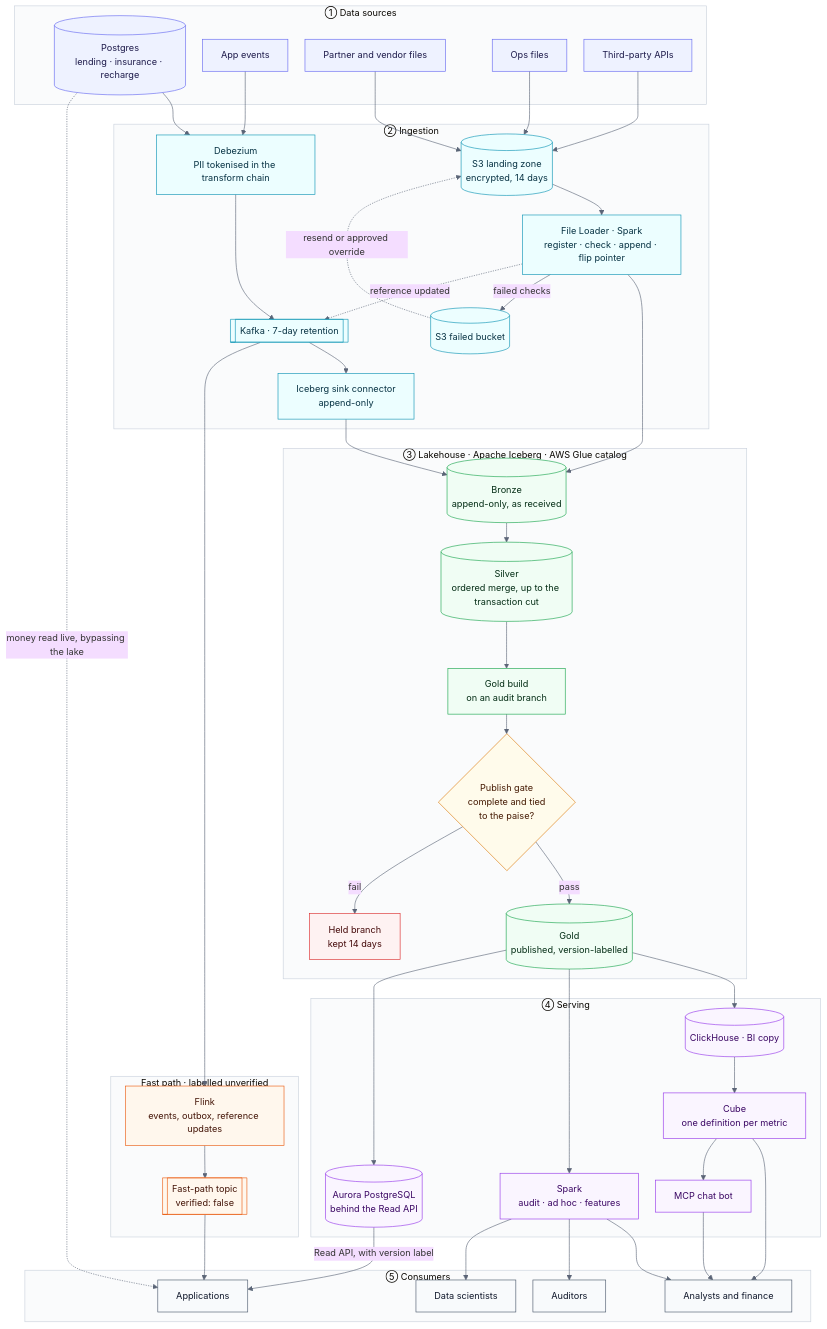
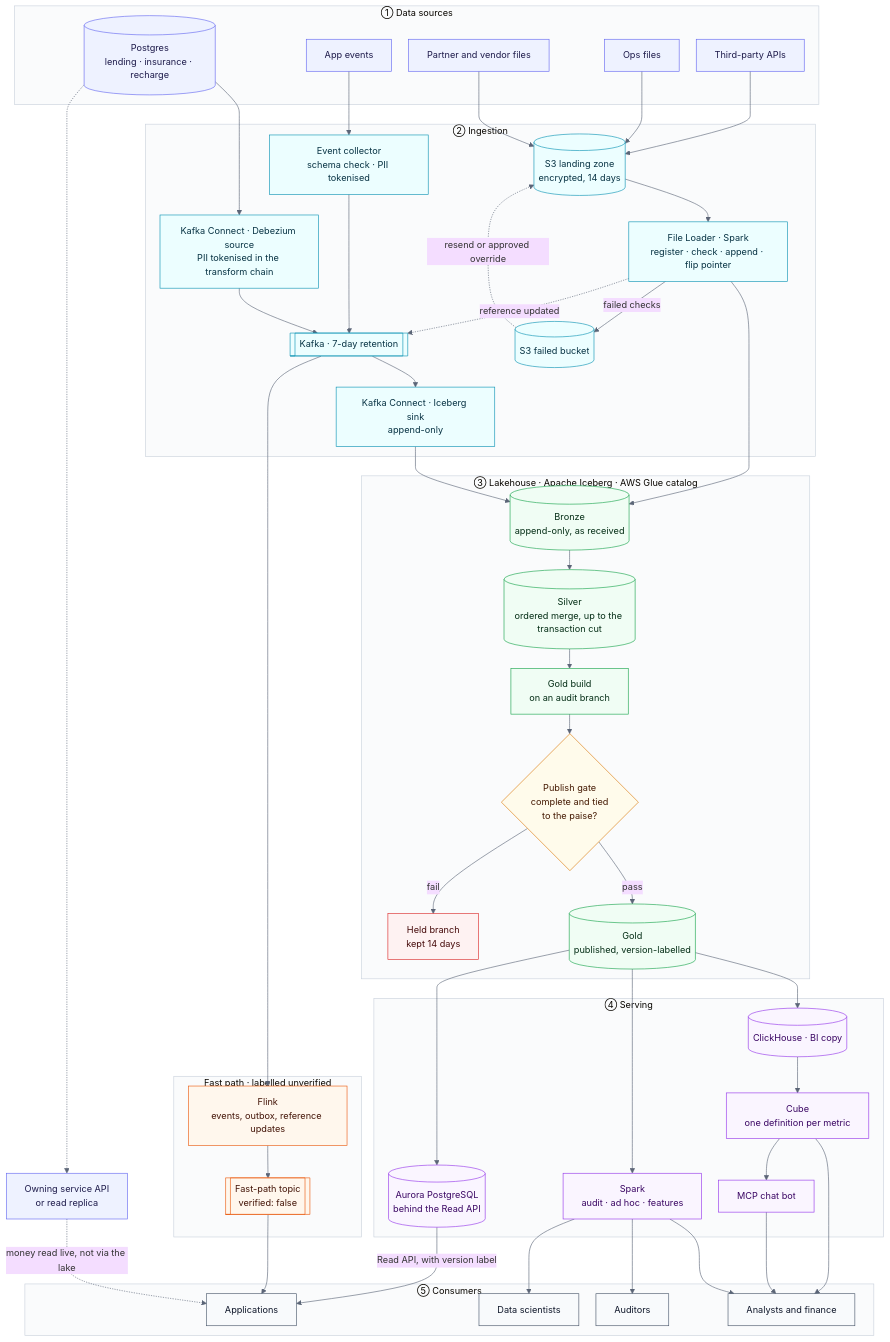
One commit to FlowDrafts/lakehouse-data-platform changed the diagram in docs/architecture/lakehouse_architecture.mmd. Above: the diagram before and after it, drawn with Mermaid. The commit also changed 9 other files, not shown here.

First line of the commit message:
Correct the ingestion and money paths in the diagrams; tokenise app events at the collector

```diff
--- a/docs/architecture/lakehouse_architecture.mmd
+++ b/docs/architecture/lakehouse_architecture.mmd
@@ -1,92 +1,96 @@
 %% Architecture overview, mirroring lakehouse_architecture.drawio (the detailed, editable version).
 %% Rendered to lakehouse_architecture.png by `make diagram`.
 %%{init: {"theme": "base", "flowchart": {"curve": "basis", "nodeSpacing": 28, "rankSpacing": 32}, "themeVariables": {"fontFamily": "Helvetica, Arial, sans-serif", "fontSize": "15px", "lineColor": "#5b6577", "clusterBkg": "#fafbfc", "clusterBorder": "#c9d1dc"}}}%%
 flowchart TB
   subgraph SRC["① Data sources"]
     PG[("Postgres<br/>lending · insurance · recharge")]
     EV["App events"]
     PF["Partner and vendor files"]
     OPS["Ops files"]
     API["Third-party APIs"]
   end
 
   subgraph ING["② Ingestion"]
-    DBZ["Debezium<br/>PII tokenised in the transform chain"]
+    DBZ["Kafka Connect · Debezium source<br/>PII tokenised in the transform chain"]
+    COLLECTOR["Event collector<br/>schema check · PII tokenised"]
     KAFKA[["Kafka · 7-day retention"]]
-    SINK["Iceberg sink connector<br/>append-only"]
+    SINK["Kafka Connect · Iceberg sink<br/>append-only"]
     LANDING[("S3 landing zone<br/>encrypted, 14 days")]
     LOADER["File Loader · Spark<br/>register · check · append · flip pointer"]
     FAILED[("S3 failed bucket")]
   end
 
   subgraph LAKE["③ Lakehouse · Apache Iceberg · AWS Glue catalog"]
     BRONZE[("Bronze<br/>append-only, as received")]
     SILVER[("Silver<br/>ordered merge, up to the transaction cut")]
     BRANCH["Gold build<br/>on an audit branch"]
     GATE{"Publish gate<br/>complete and tied<br/>to the paise?"}
     GOLD[("Gold<br/>published, version-labelled")]
     HELD["Held branch<br/>kept 14 days"]
   end
 
   subgraph SERVE["④ Serving"]
     CLICKHOUSE[("ClickHouse · BI copy")]
     CUBE["Cube<br/>one definition per metric"]
     BOT["MCP chat bot"]
     SPARK["Spark<br/>audit · ad hoc · features"]
     AURORA[("Aurora PostgreSQL<br/>behind the Read API")]
   end
 
   subgraph USERS["⑤ Consumers"]
     ANALYSTS["Analysts and finance"]
     AUDITORS["Auditors"]
     SCIENTISTS["Data scientists"]
     APPS["Applications"]
   end
 
+  OWNER["Owning service API<br/>or read replica"]
+
   subgraph FASTLANE["Fast path · labelled unverified"]
     FLINK["Flink<br/>events, outbox, reference updates"]
     FASTTOPIC[["Fast-path topic<br/>verified: false"]]
   end
 
   PG --> DBZ
-  EV --> DBZ
+  EV --> COLLECTOR --> KAFKA
   DBZ --> KAFKA --> SINK --> BRONZE
   PF --> LANDING
   OPS --> LANDING
   API --> LANDING
   LANDING --> LOADER --> BRONZE
   LOADER -->|failed checks| FAILED
   FAILED -.->|resend or approved override| LANDING
   LOADER -.->|reference updated| KAFKA
 
   BRONZE --> SILVER --> BRANCH --> GATE
   GATE -->|pass| GOLD
   GATE -->|fail| HELD
 
   GOLD --> CLICKHOUSE --> CUBE --> ANALYSTS
   CUBE --> BOT --> ANALYSTS
   GOLD --> SPARK
   SPARK --> ANALYSTS
   SPARK --> AUDITORS
   SPARK --> SCIENTISTS
   GOLD --> AURORA -->|Read API, with version label| APPS
 
   KAFKA --> FLINK --> FASTTOPIC --> APPS
-  PG -.->|money read live, bypassing the lake| APPS
+  PG -.-> OWNER
+  OWNER -.->|money read live, not via the lake| APPS
 
   classDef source fill:#eef2ff,stroke:#6366f1,color:#1e1b4b
   classDef ingest fill:#ecfeff,stroke:#0891b2,color:#083344
   classDef lake fill:#f0fdf4,stroke:#16a34a,color:#052e16
   classDef gate fill:#fffbeb,stroke:#d97706,color:#451a03
   classDef held fill:#fef2f2,stroke:#dc2626,color:#450a0a
   classDef serve fill:#faf5ff,stroke:#9333ea,color:#3b0764
   classDef user fill:#f8fafc,stroke:#475569,color:#0f172a
   classDef fast fill:#fff7ed,stroke:#ea580c,color:#431407
-  class PG,EV,PF,OPS,API source
-  class DBZ,KAFKA,SINK,LANDING,LOADER,FAILED ingest
+  class PG,EV,PF,OPS,API,OWNER source
+  class DBZ,COLLECTOR,KAFKA,SINK,LANDING,LOADER,FAILED ingest
   class BRONZE,SILVER,BRANCH,GOLD lake
   class GATE gate
   class HELD held
   class CLICKHOUSE,CUBE,BOT,SPARK,AURORA serve
   class ANALYSTS,AUDITORS,SCIENTISTS,APPS user
   class FLINK,FASTTOPIC fast
```
